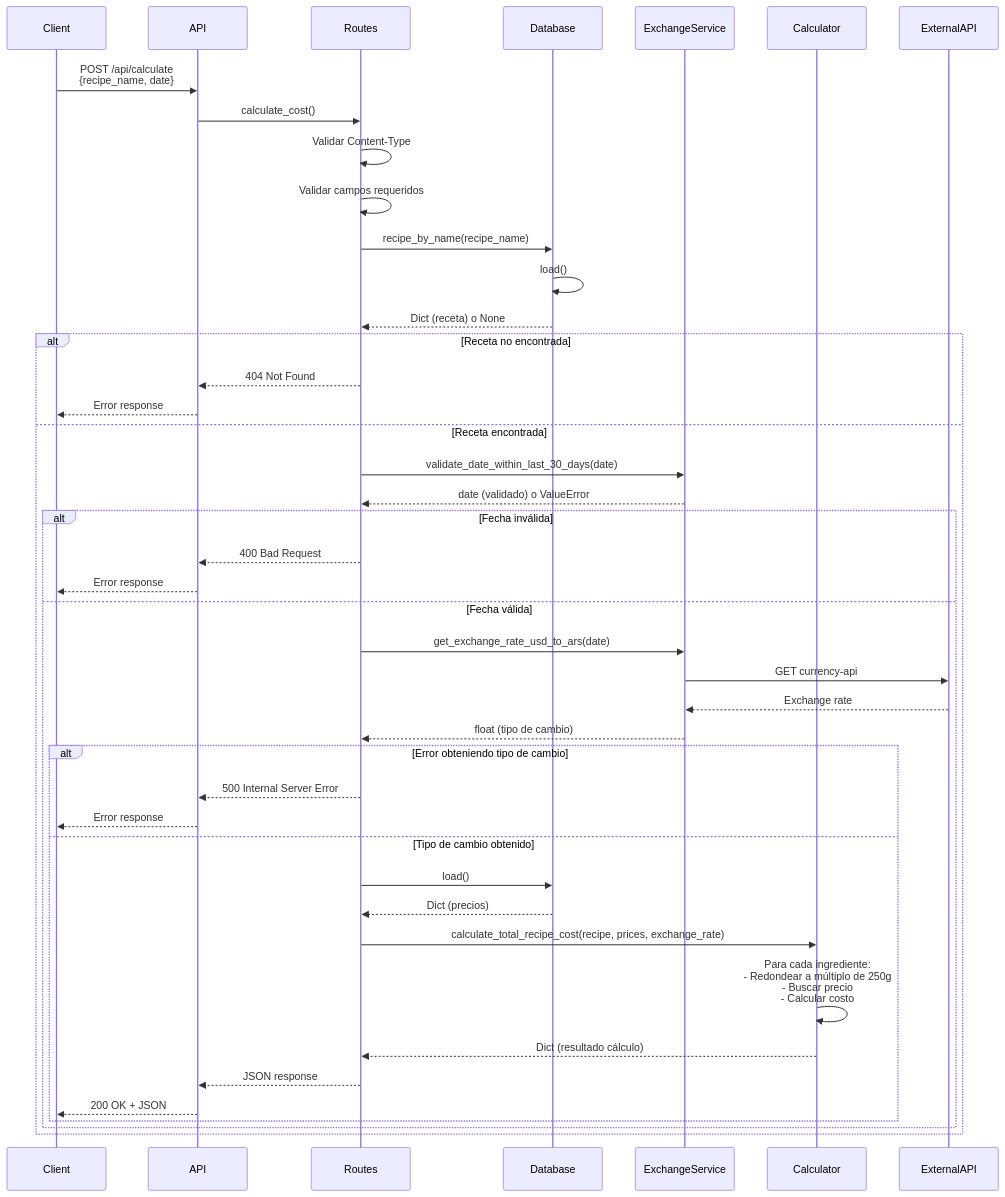
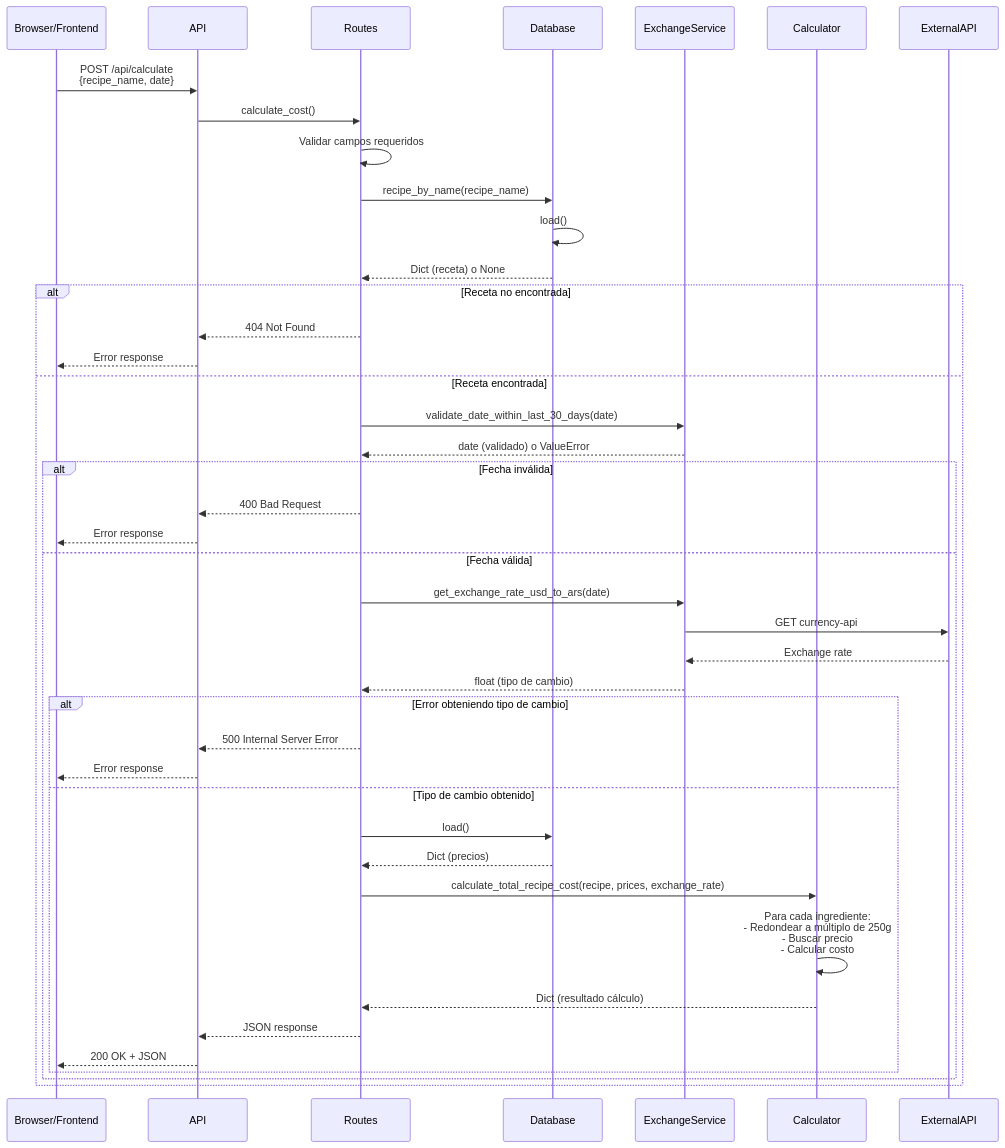
Before and after one commit to NicoJFerraro/WNS-Instancia-evaluativa: the fourth of 4 diagrams in README.md, drawn with Mermaid. The commit also changed other lines of this file, not shown here.

Commit message:
Update sequence diagrams and add technical decisions

````diff
--- a/README.md
+++ b/README.md
@@ -244,53 +244,52 @@
 ```mermaid
 sequenceDiagram
-    participant Client
+    participant Browser as Browser/Frontend
     participant API
     participant Routes
     participant Database
     participant ExchangeService
     participant Calculator
     participant ExternalAPI
 
-    Client->>API: POST /api/calculate<br/>{recipe_name, date}
+    Browser->>API: POST /api/calculate<br/>{recipe_name, date}
     API->>Routes: calculate_cost()
     
-    Routes->>Routes: Validar Content-Type
     Routes->>Routes: Validar campos requeridos
     
     Routes->>Database: recipe_by_name(recipe_name)
     Database->>Database: load()
     Database-->>Routes: Dict (receta) o None
     
     alt Receta no encontrada
         Routes-->>API: 404 Not Found
-        API-->>Client: Error response
+        API-->>Browser: Error response
     else Receta encontrada
         Routes->>ExchangeService: validate_date_within_last_30_days(date)
         ExchangeService-->>Routes: date (validado) o ValueError
         
         alt Fecha inválida
             Routes-->>API: 400 Bad Request
-            API-->>Client: Error response
+            API-->>Browser: Error response
         else Fecha válida
             Routes->>ExchangeService: get_exchange_rate_usd_to_ars(date)
             ExchangeService->>ExternalAPI: GET currency-api
             ExternalAPI-->>ExchangeService: Exchange rate
             ExchangeService-->>Routes: float (tipo de cambio)
             
             alt Error obteniendo tipo de cambio
                 Routes-->>API: 500 Internal Server Error
-                API-->>Client: Error response
+                API-->>Browser: Error response
             else Tipo de cambio obtenido
                 Routes->>Database: load()
                 Database-->>Routes: Dict (precios)
                 
                 Routes->>Calculator: calculate_total_recipe_cost(recipe, prices, exchange_rate)
                 Calculator->>Calculator: Para cada ingrediente:<br/>- Redondear a múltiplo de 250g<br/>- Buscar precio<br/>- Calcular costo
                 Calculator-->>Routes: Dict (resultado cálculo)
                 
                 Routes-->>API: JSON response
-                API-->>Client: 200 OK + JSON
+                API-->>Browser: 200 OK + JSON
             end
         end
     end
 ```
````
